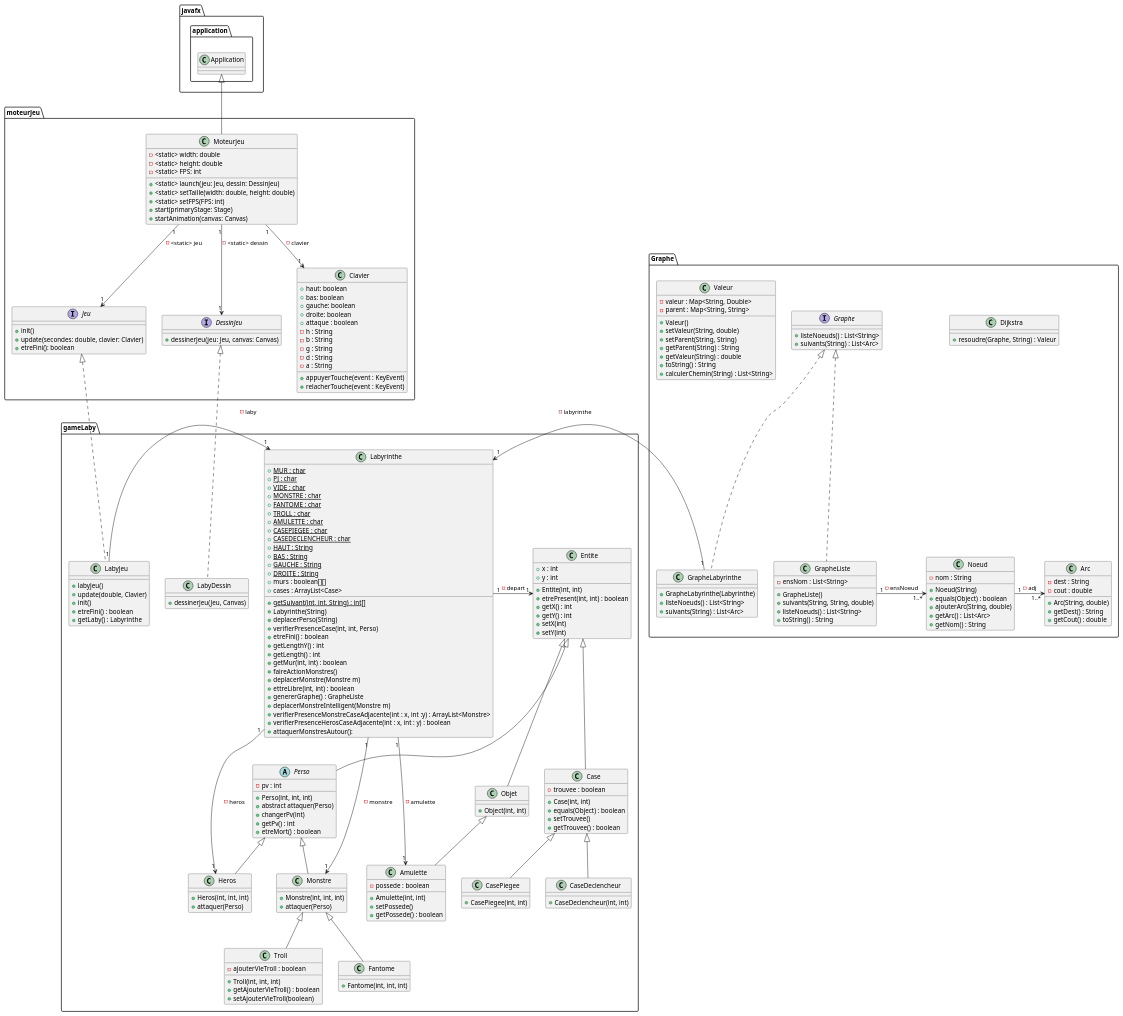
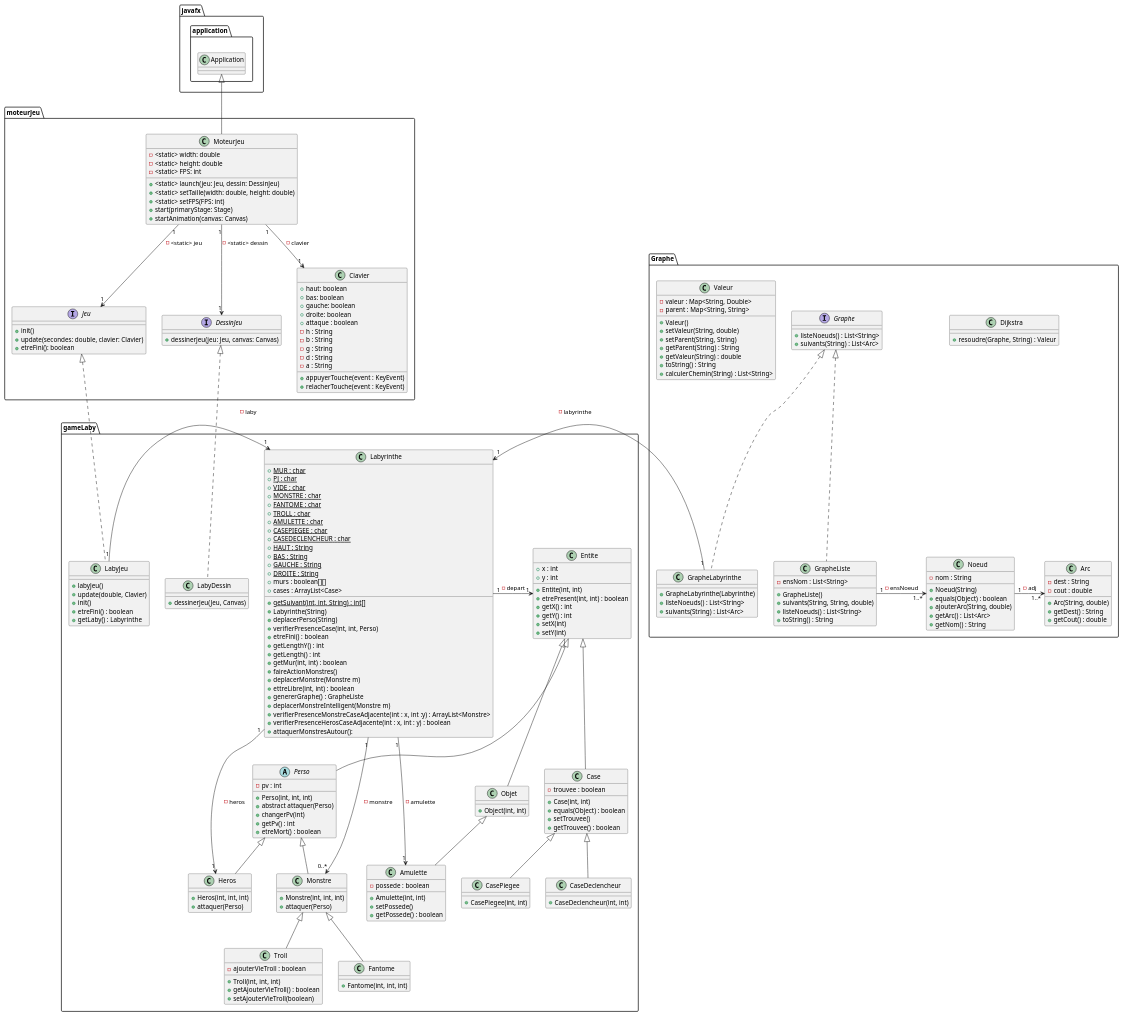
Before and after one commit to Stephane-Lpt/SAE_2.01_Zeldiablo: the diagram in documents/version_5/DiagClasse.puml, drawn with PlantUML. The commit also changed 1 other file, not shown here.

Commit message:
modification du diagramme de classe final

```diff
--- a/documents/version_5/DiagClasse.puml
+++ b/documents/version_5/DiagClasse.puml
@@ -184,7 +184,7 @@
 
 
 Labyrinthe "1" -> "1" Heros: - heros
-Labyrinthe "1" -> "1" Monstre : - monstre
+Labyrinthe "1" -> "0..*" Monstre : - monstre
 Labyrinthe "1" -> "1" Entite : - depart
 Labyrinthe "1" -> "1" Amulette : - amulette
 LabyJeu "1" -> "1" Labyrinthe : - laby
```
